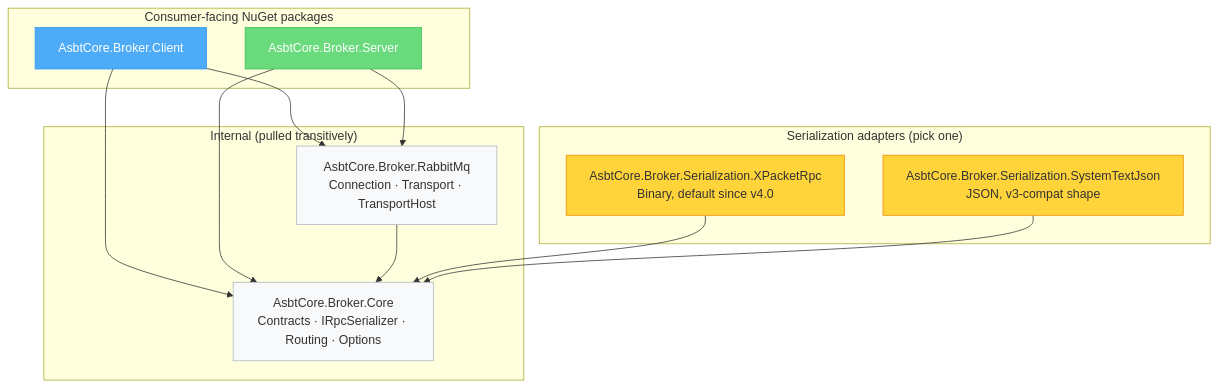
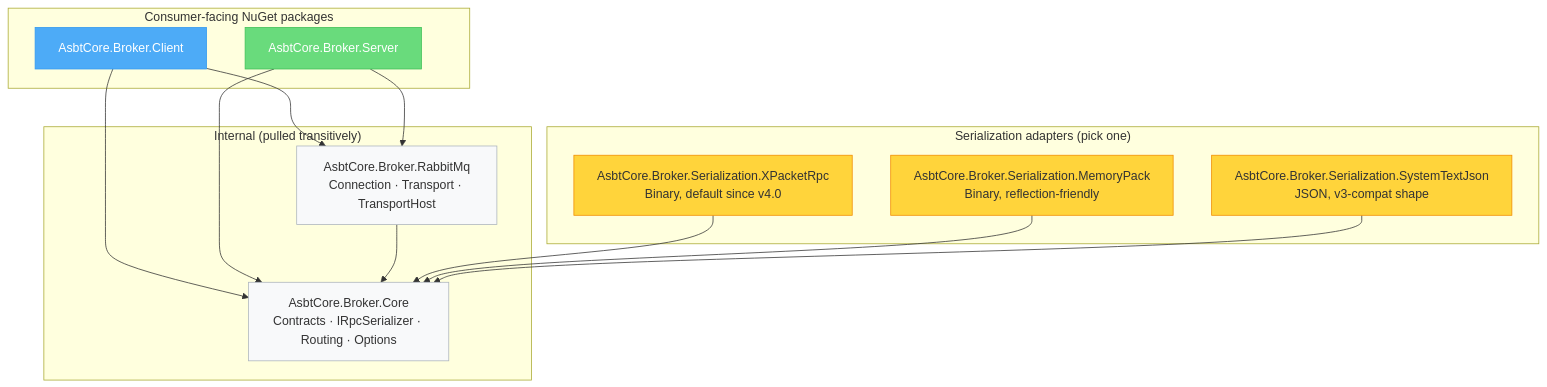
One commit to Sardor557/RabbitMq.RPC changed the first of 6 diagrams in README.md. Above: the diagram before and after it, drawn with Mermaid. The commit also changed other lines of this file and 9 other files, not shown here.

````diff
--- a/README.md
+++ b/README.md
@@ -31,30 +31,33 @@
 ```mermaid
 graph TD
     subgraph public["Consumer-facing NuGet packages"]
         CLIENT["AsbtCore.Broker.Client"]
         SERVER["AsbtCore.Broker.Server"]
     end
     subgraph adapters["Serialization adapters (pick one)"]
         XPRPC["AsbtCore.Broker.Serialization.XPacketRpc\nBinary, default since v4.0"]
+        MEMPACK["AsbtCore.Broker.Serialization.MemoryPack\nBinary, reflection-friendly"]
         STJ["AsbtCore.Broker.Serialization.SystemTextJson\nJSON, v3-compat shape"]
     end
     subgraph internal["Internal (pulled transitively)"]
         CORE["AsbtCore.Broker.Core\nContracts · IRpcSerializer · Routing · Options"]
         RMQ["AsbtCore.Broker.RabbitMq\nConnection · Transport · TransportHost"]
     end
 
     CLIENT --> CORE
     CLIENT --> RMQ
     SERVER --> CORE
     SERVER --> RMQ
     RMQ    --> CORE
-    XPRPC  --> CORE
-    STJ    --> CORE
+    XPRPC   --> CORE
+    MEMPACK --> CORE
+    STJ     --> CORE
 
-    style CLIENT fill:#4dabf7,color:#fff,stroke:#339af0
-    style SERVER fill:#69db7c,color:#fff,stroke:#40c057
-    style XPRPC  fill:#ffd43b,stroke:#f08c00
-    style STJ    fill:#ffd43b,stroke:#f08c00
-    style CORE   fill:#f8f9fa,stroke:#adb5bd
-    style RMQ    fill:#f8f9fa,stroke:#adb5bd
+    style CLIENT  fill:#4dabf7,color:#fff,stroke:#339af0
+    style SERVER  fill:#69db7c,color:#fff,stroke:#40c057
+    style XPRPC   fill:#ffd43b,stroke:#f08c00
+    style MEMPACK fill:#ffd43b,stroke:#f08c00
+    style STJ     fill:#ffd43b,stroke:#f08c00
+    style CORE    fill:#f8f9fa,stroke:#adb5bd
+    style RMQ     fill:#f8f9fa,stroke:#adb5bd
 ```
````
